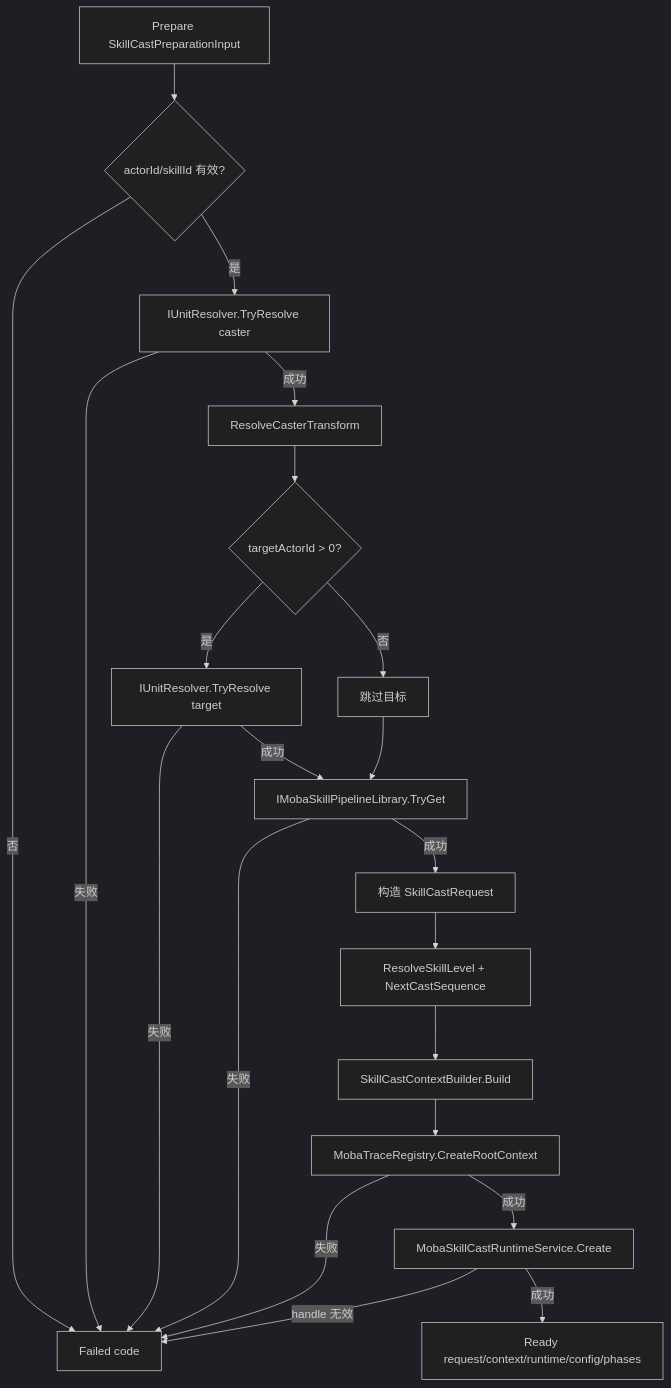
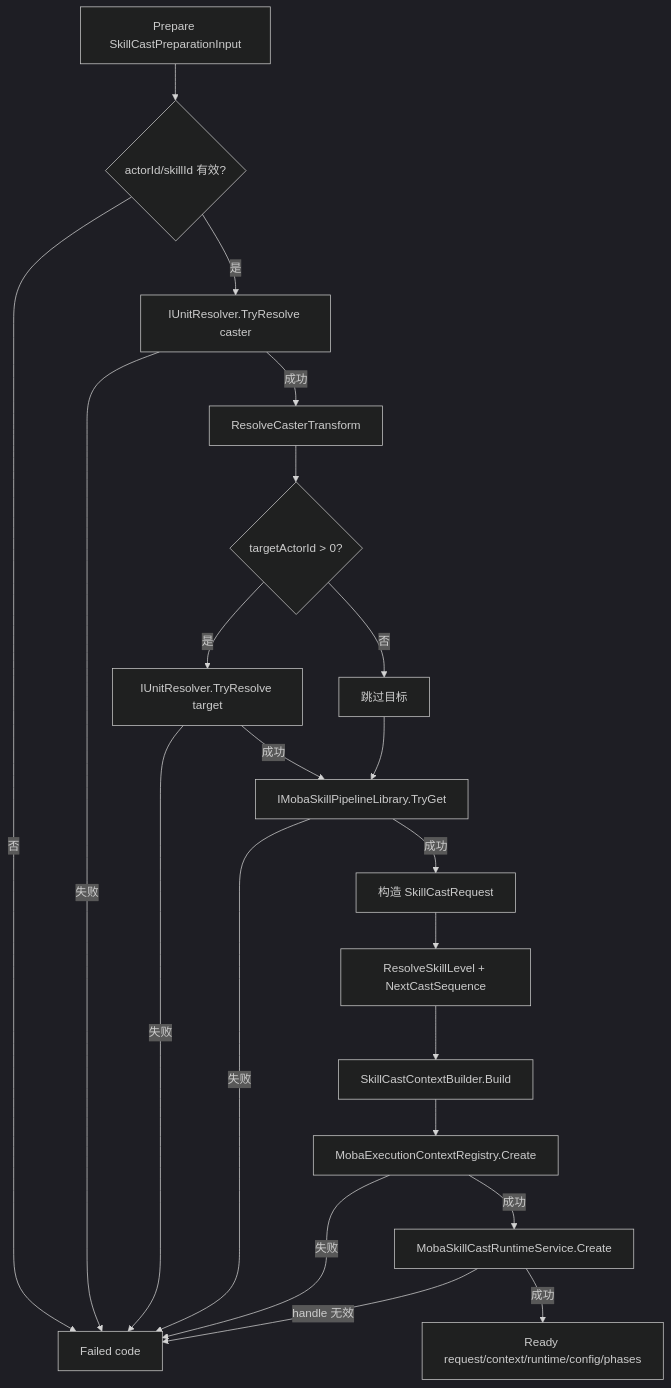
One commit to HOBOBO/AbilityKit changed the seventh of 8 diagrams in Docs/design/08-GameplayModules/01-SkillSystemArchitecture.md. Above: the diagram before and after it, drawn with Mermaid (dark theme). The commit also changed other lines of this file and 1591 other files, not shown here.

````diff
--- a/Docs/design/08-GameplayModules/01-SkillSystemArchitecture.md
+++ b/Docs/design/08-GameplayModules/01-SkillSystemArchitecture.md
@@ -313,23 +314,23 @@
 ```mermaid
 flowchart TD
     A[Prepare SkillCastPreparationInput] --> B{actorId/skillId 有效?}
     B -- 否 --> Fail[Failed code]
     B -- 是 --> C[IUnitResolver.TryResolve caster]
     C -- 失败 --> Fail
     C -- 成功 --> D[ResolveCasterTransform]
     D --> E{targetActorId > 0?}
     E -- 是 --> F[IUnitResolver.TryResolve target]
     E -- 否 --> G[跳过目标]
     F -- 失败 --> Fail
     F -- 成功 --> H[IMobaSkillPipelineLibrary.TryGet]
     G --> H
     H -- 失败 --> Fail
     H -- 成功 --> I[构造 SkillCastRequest]
     I --> J[ResolveSkillLevel + NextCastSequence]
     J --> K[SkillCastContextBuilder.Build]
-    K --> L[MobaTraceRegistry.CreateRootContext]
+    K --> L[MobaExecutionContextRegistry.Create]
     L -- 失败 --> Fail
     L -- 成功 --> M[MobaSkillCastRuntimeService.Create]
     M -- handle 无效 --> Fail
     M -- 成功 --> Ready[Ready request/context/runtime/config/phases]
 ```
````
